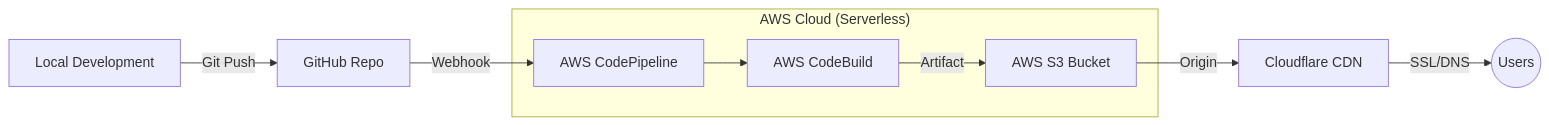
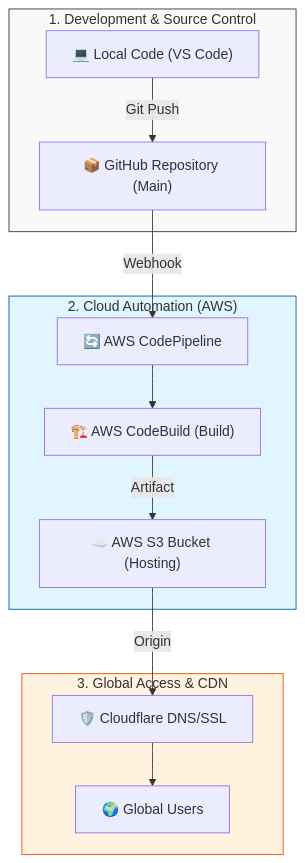
Before and after one commit to hakanbayraktar/s3-landing-page: the diagram in MEDIUM_ARTICLE_EN.md, drawn with Mermaid. The commit also changed other lines of this file and 1 other file, not shown here.

Commit message:
docs: refine article structure, update Mermaid diagrams, and condense technical documentation

````diff
--- a/MEDIUM_ARTICLE_EN.md
+++ b/MEDIUM_ARTICLE_EN.md
@@ -23,11 +21,18 @@
 ```mermaid
-graph LR
-    A[Local Development] -->|Git Push| B[GitHub Repo]
-    B -->|Webhook| C[AWS CodePipeline]
-    subgraph AWS_Cloud ["AWS Cloud (Serverless)"]
-        C --> D[AWS CodeBuild]
-        D -->|Artifact| E[AWS S3 Bucket]
+graph TD
+    subgraph GELISTIRME_FAZI ["1. Development & Source Control"]
+        A["💻 Local Code (VS Code)"] -->|Git Push| B["📦 GitHub Repository (Main)"]
     end
-    E -->|Origin| F[Cloudflare CDN]
-    F -->|SSL/DNS| G((Users))
+    subgraph CI_CD_FAZI ["2. Cloud Automation (AWS)"]
+        B -->|Webhook| C["🔄 AWS CodePipeline"]
+        C --> D["🏗️ AWS CodeBuild (Build)"]
+        D -->|Artifact| E["☁️ AWS S3 Bucket (Hosting)"]
+    end
+    subgraph DAGITIM_FAZI ["3. Global Access & CDN"]
+        E -->|Origin| F["🛡️ Cloudflare DNS/SSL"]
+        F --> G["🌍 Global Users"]
+    end
+    style GELISTIRME_FAZI fill:#f9f9f9,stroke:#333
+    style CI_CD_FAZI fill:#e1f5fe,stroke:#01579b
+    style DAGITIM_FAZI fill:#fff3e0,stroke:#e65100
 ```
````
